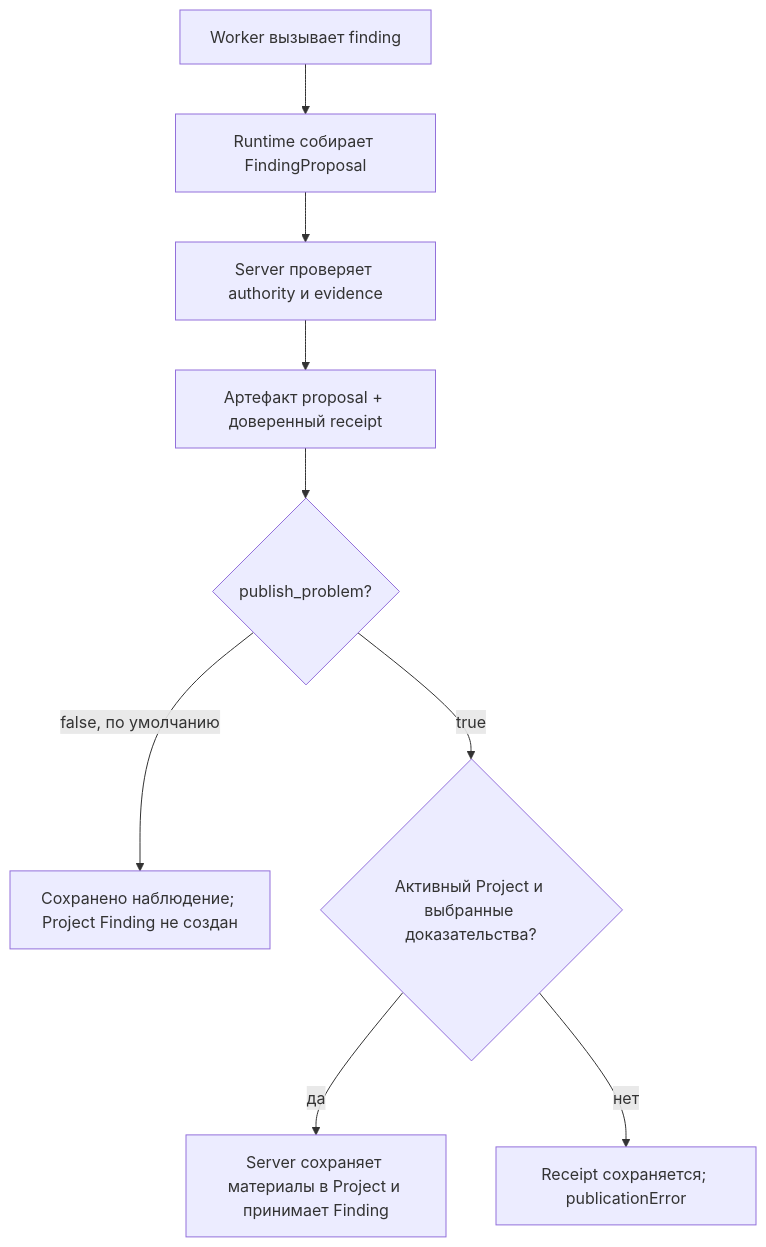
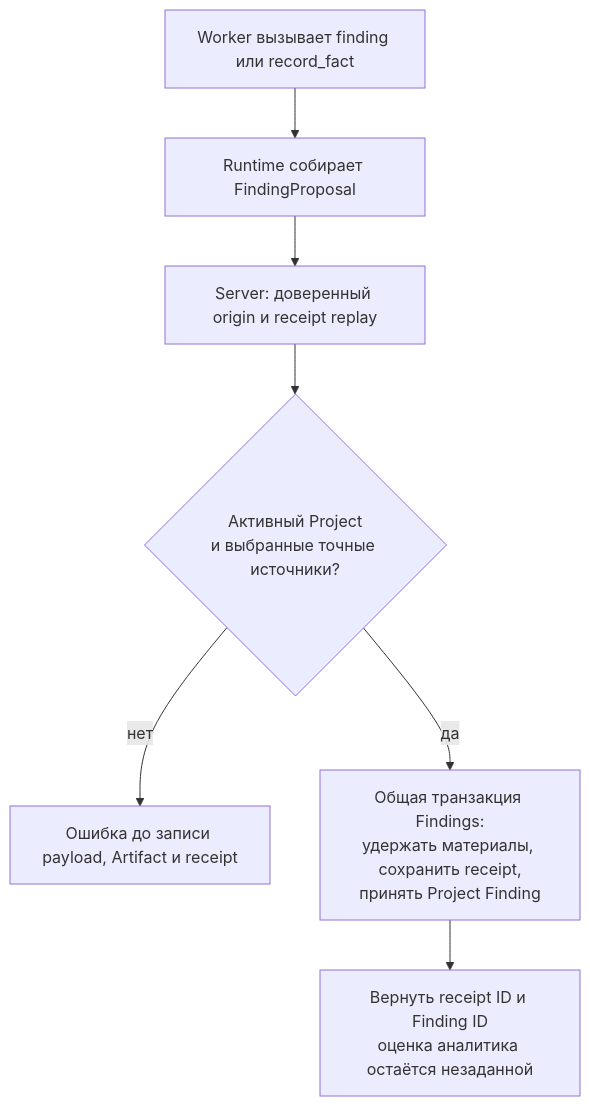
One commit to grauwolf32/contractor changed the first of 6 diagrams in docs/proposals/0055-project-facts-through-findings.md. Above: the diagram before and after it, drawn with Mermaid. The commit also changed other lines of this file and 151 other files, not shown here.

Commit message:
feat(findings): record Project facts through common intake

````diff
--- a/docs/proposals/0055-project-facts-through-findings.md
+++ b/docs/proposals/0055-project-facts-through-findings.md
@@ -59,11 +61,9 @@
 ```mermaid
 flowchart TD
-    W["Worker вызывает finding"] --> R["Runtime собирает FindingProposal"]
-    R --> S["Server проверяет authority и evidence"]
-    S --> P["Артефакт proposal + доверенный receipt"]
-    P --> Q{"publish_problem?"}
-    Q -->|false, по умолчанию| O["Сохранено наблюдение; Project Finding не создан"]
-    Q -->|true| V{"Активный Project и выбранные доказательства?"}
-    V -->|да| F["Server сохраняет материалы в Project и принимает Finding"]
-    V -->|нет| E["Receipt сохраняется; publicationError"]
+    W["Worker вызывает finding или record_fact"] --> R["Runtime собирает FindingProposal"]
+    R --> S["Server: доверенный origin и receipt replay"]
+    S --> V{"Активный Project<br/>и выбранные точные источники?"}
+    V -->|"нет"| E["Ошибка до записи payload, Artifact и receipt"]
+    V -->|"да"| F["Общая транзакция Findings:<br/>удержать материалы, сохранить receipt,<br/>принять Project Finding"]
+    F --> I["Вернуть receipt ID и Finding ID<br/>оценка аналитика остаётся незаданной"]
 ```
````
